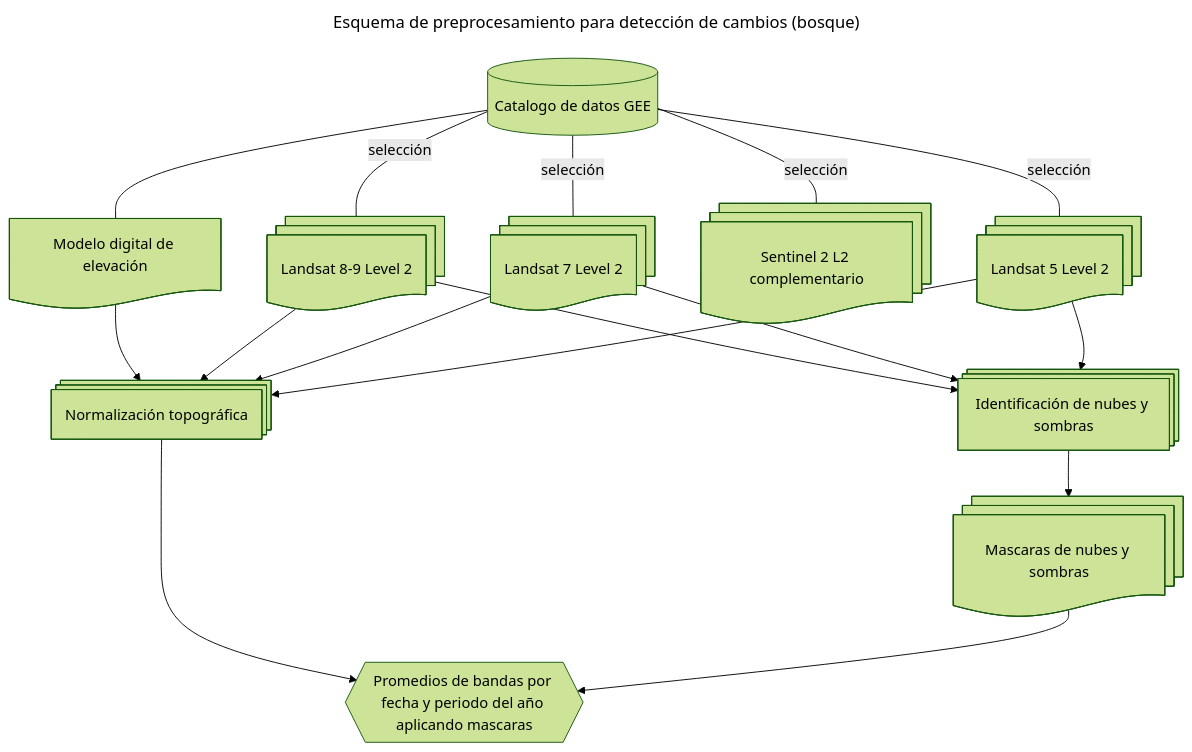
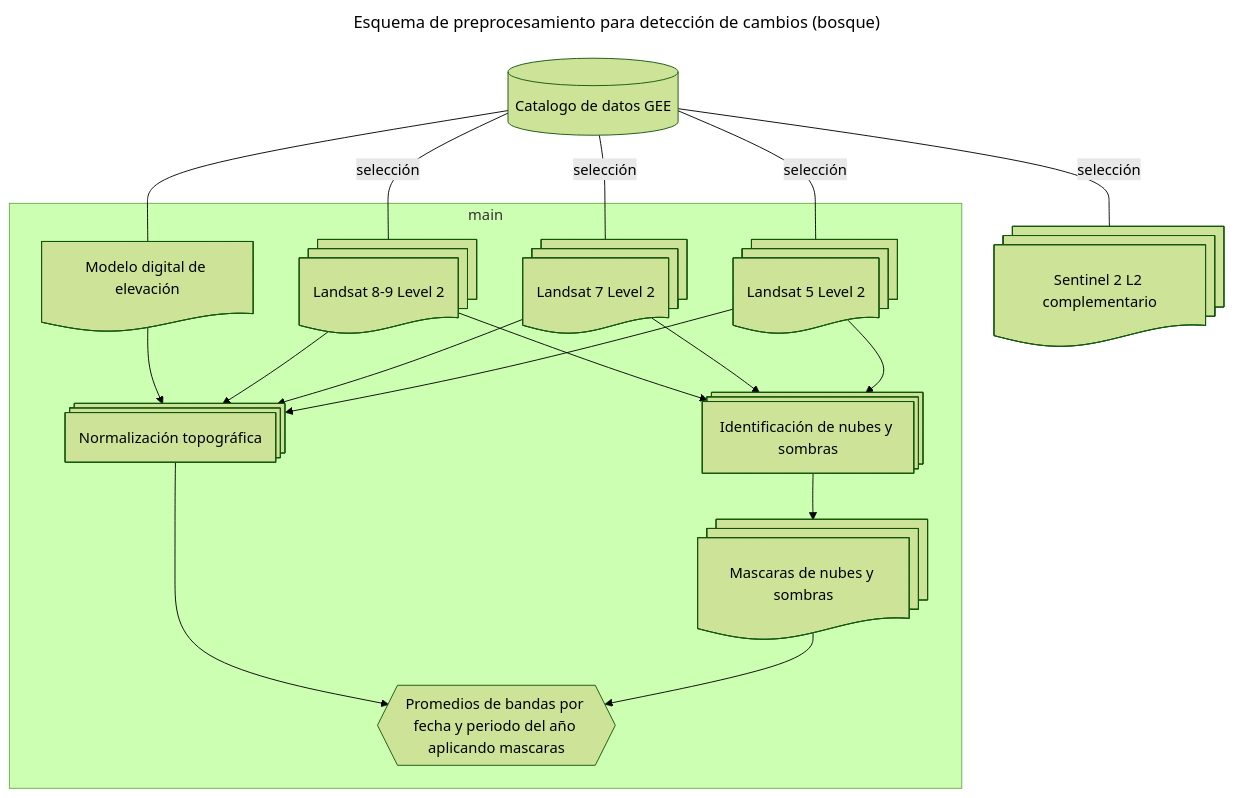
Before and after one commit to vshalisko/GEE: the diagram in ANPs/Esquema_preprocesamiento.mermaid, drawn with Mermaid (forest theme).

```diff
--- a/ANPs/Esquema_preprocesamiento.mermaid
+++ b/ANPs/Esquema_preprocesamiento.mermaid
@@ -1,35 +1,37 @@
 ---
 title: Esquema de preprocesamiento para detección de cambios (bosque)
 ---
 flowchart TD
     gee1[(Catalogo de datos GEE)]
     Landsat8@{ shape: docs, label: Landsat 8-9 Level 2}
     Landsat7@{ shape: docs, label: Landsat 7 Level 2}
     Landsat5@{ shape: docs, label: Landsat 5 Level 2}
     Sentinel2@{ shape: docs, label: Sentinel 2 L2 complementario}
     MDE@{ shape: doc, label: Modelo digital de elevación}
     
     INS@{ shape: procs, label: "Identificación de nubes y sombras"}
     MNS@{ shape: docs, label: "Mascaras de nubes y sombras"}
     NT@{ shape: procs, label: "Normalización topográfica"}
     Combinacion@{ shape: hex, label: "Promedios de bandas por fecha y periodo del año aplicando mascaras" }
 
 
     gee1---|selección|Landsat8
     gee1---|selección|Landsat7
     gee1---|selección|Landsat5
     gee1---|selección|Sentinel2
     gee1---MDE
 
-    Landsat8-->INS
-    Landsat7-->INS
-    Landsat5-->INS
+    subgraph main
+        Landsat8-->INS
+        Landsat7-->INS
+        Landsat5-->INS
 
-    MDE-->NT
-    Landsat8-->NT
-    Landsat7-->NT
-    Landsat5-->NT
+        MDE-->NT
+        Landsat8-->NT
+        Landsat7-->NT
+        Landsat5-->NT
 
-    INS-->MNS
-    NT-->Combinacion
-    MNS-->Combinacion
+        INS-->MNS
+        NT-->Combinacion
+        MNS-->Combinacion
+    end
```
